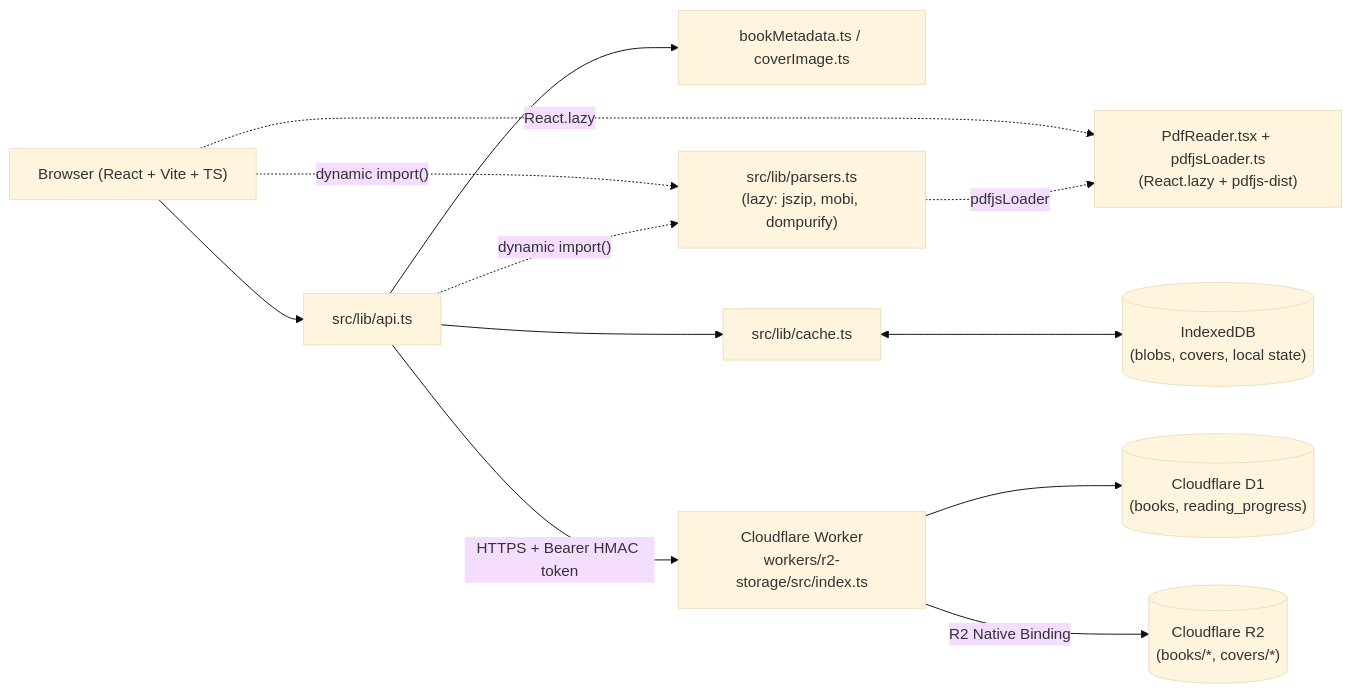
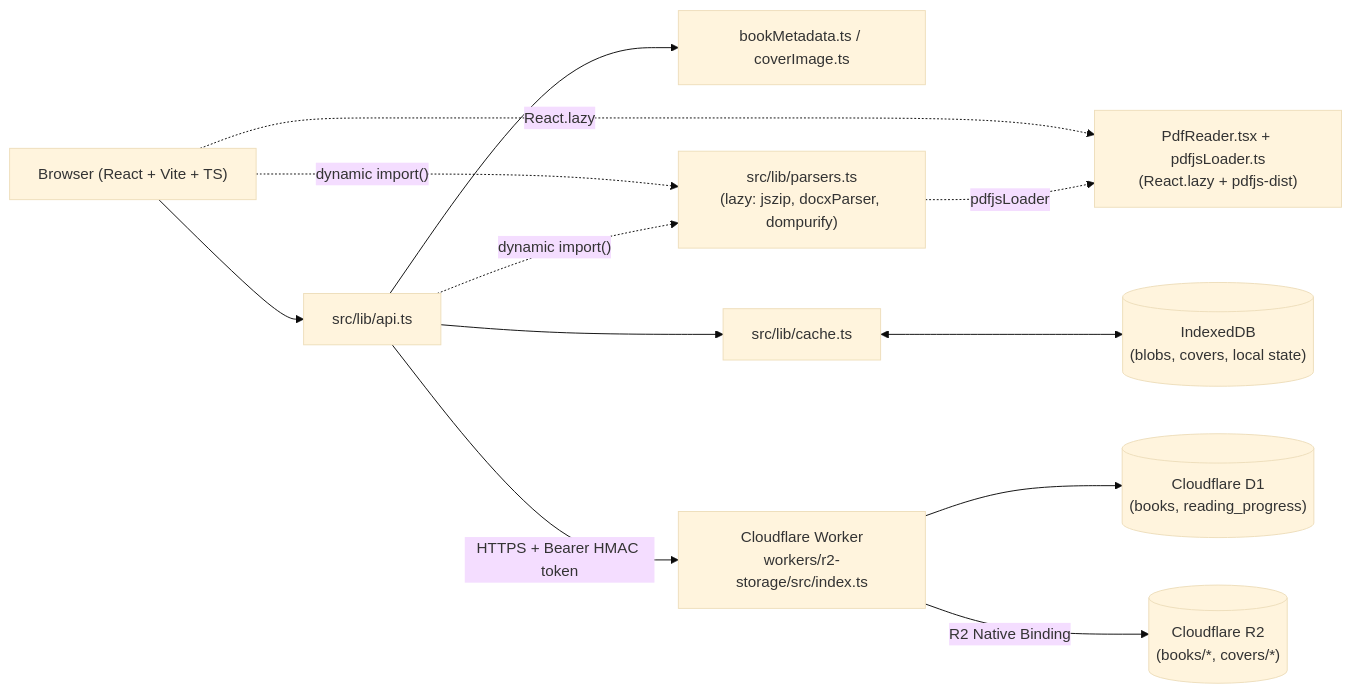
Before and after one commit to ofuthentl/reading-web: the diagram in docs/ARCHITECTURE.md, drawn with Mermaid (base theme). The commit also changed other lines of this file and 11 other files, not shown here.

Commit message:
feat(reader): drop mobi/cbz, add OOXML docx parser, fix prod audit

````diff
--- a/docs/ARCHITECTURE.md
+++ b/docs/ARCHITECTURE.md
@@ -5,25 +5,25 @@
 ```mermaid
 flowchart LR
   Browser["Browser (React + Vite + TS)"]
   Meta["bookMetadata.ts / coverImage.ts"]
   API["src/lib/api.ts"]
-  Parsers["src/lib/parsers.ts\n(lazy: jszip, mobi, dompurify)"]
+  Parsers["src/lib/parsers.ts\n(lazy: jszip, docxParser, dompurify)"]
   PdfLazy["PdfReader.tsx + pdfjsLoader.ts\n(React.lazy + pdfjs-dist)"]
   Cache["src/lib/cache.ts"]
   IDB[("IndexedDB\n(blobs, covers, local state)")]
   Worker["Cloudflare Worker\nworkers/r2-storage/src/index.ts"]
   D1[("Cloudflare D1\n(books, reading_progress)")]
   R2[("Cloudflare R2\n(books/*, covers/*)")]
 
   Browser --> API
   API --> Meta
   Browser -. "dynamic import()" .-> Parsers
   API -. "dynamic import()" .-> Parsers
   Browser -. "React.lazy" .-> PdfLazy
   Parsers -. "pdfjsLoader" .-> PdfLazy
   API --> Cache
   Cache <--> IDB
   API -- "HTTPS + Bearer HMAC token" --> Worker
   Worker --> D1
   Worker -- "R2 Native Binding" --> R2
 ```
````
